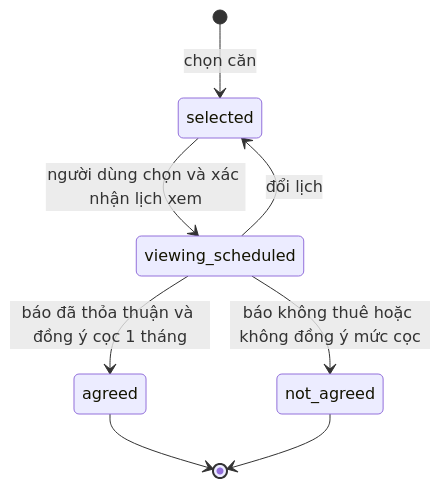
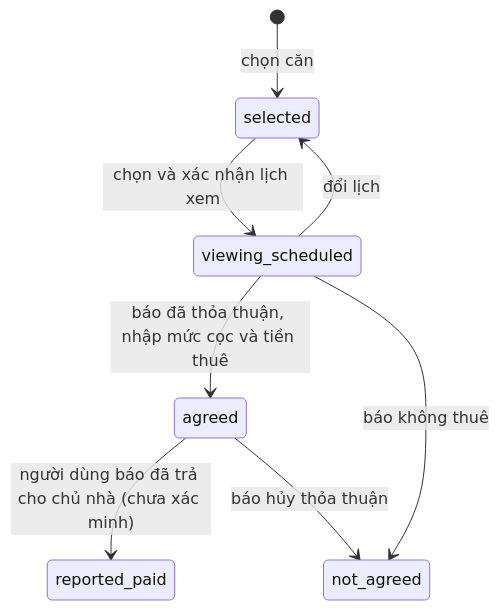
Before and after one commit to the-liems/relohome: the fifth of 5 diagrams in docs/review/payment-design.md, drawn with Mermaid. The commit also changed other lines of this file and 3 other files, not shown here.

````diff
--- a/docs/review/payment-design.md
+++ b/docs/review/payment-design.md
@@ -304,10 +335,10 @@
 ```mermaid
 stateDiagram-v2
   [*] --> selected: chọn căn
-  selected --> viewing_scheduled: người dùng chọn và xác nhận lịch xem
-  viewing_scheduled --> agreed: báo đã thỏa thuận và đồng ý cọc 1 tháng
-  viewing_scheduled --> not_agreed: báo không thuê hoặc không đồng ý mức cọc
+  selected --> viewing_scheduled: chọn và xác nhận lịch xem
   viewing_scheduled --> selected: đổi lịch
-  agreed --> [*]
-  not_agreed --> [*]
+  viewing_scheduled --> agreed: báo đã thỏa thuận, nhập mức cọc và tiền thuê
+  viewing_scheduled --> not_agreed: báo không thuê
+  agreed --> reported_paid: người dùng báo đã trả cho chủ nhà (chưa xác minh)
+  agreed --> not_agreed: báo hủy thỏa thuận
 ```
````
